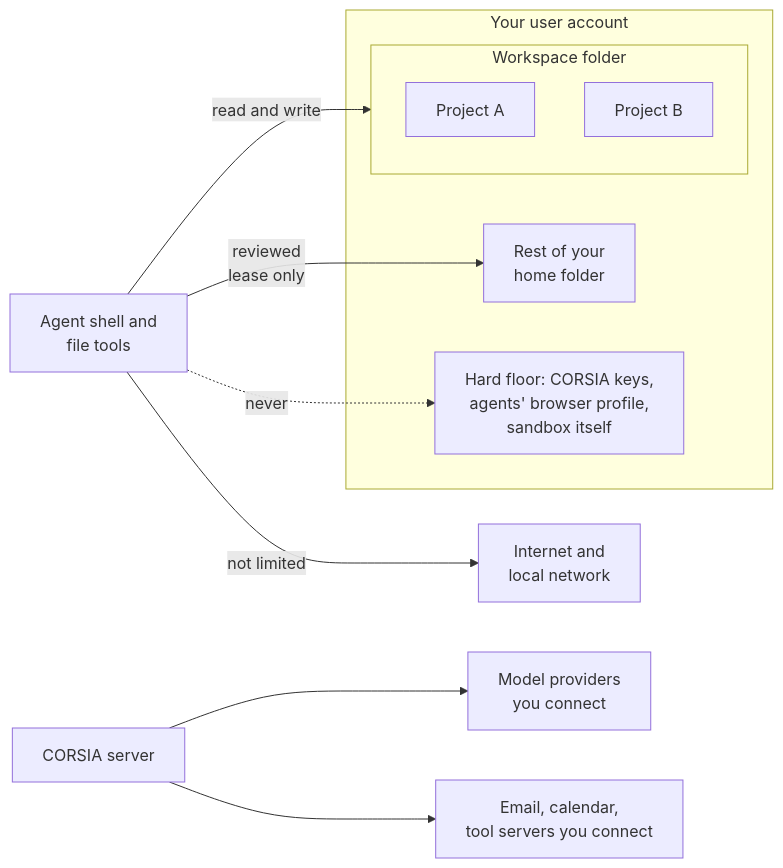
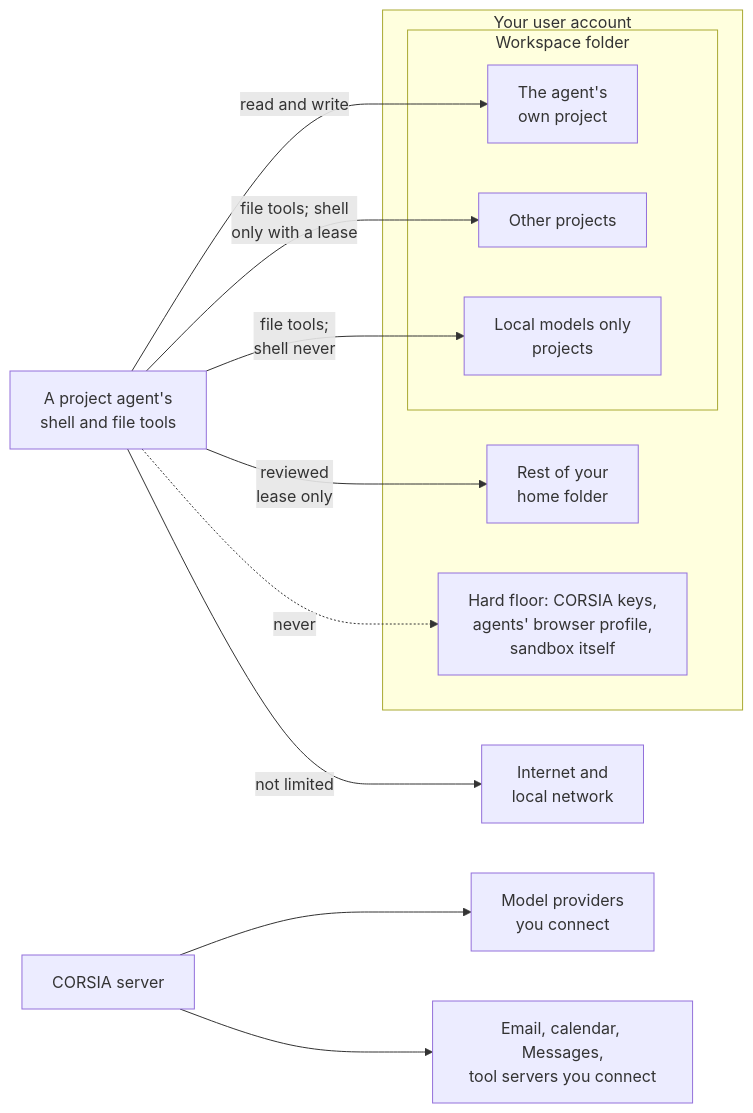
Before and after one commit to cebertowicz/corsia: the diagram in docs/security/README.md, drawn with Mermaid. The commit also changed other lines of this file and 13 other files, not shown here.

First line of the commit message:
Security docs: project fence, Messages, Google Workspace, sign-in locations (#2219)

````diff
--- a/docs/security/README.md
+++ b/docs/security/README.md
@@ -9,17 +9,20 @@
 ```mermaid
 flowchart LR
     subgraph You[Your user account]
         subgraph WS[Workspace folder]
-            P1[Project A]
-            P2[Project B]
+            P1[The agent's<br/>own project]
+            P2[Other projects]
+            P3[Local models only<br/>projects]
         end
         H[Rest of your<br/>home folder]
         F[Hard floor: CORSIA keys,<br/>agents' browser profile,<br/>sandbox itself]
     end
-    A[Agent shell and<br/>file tools] -->|read and write| WS
+    A[A project agent's<br/>shell and file tools] -->|read and write| P1
+    A -->|file tools; shell<br/>only with a lease| P2
+    A -->|file tools;<br/>shell never| P3
     A -->|reviewed<br/>lease only| H
     A -.->|never| F
     A -->|not limited| N[Internet and<br/>local network]
     S[CORSIA server] --> M[Model providers<br/>you connect]
-    S --> C[Email, calendar,<br/>tool servers you connect]
+    S --> C[Email, calendar, Messages,<br/>tool servers you connect]
 ```
````
